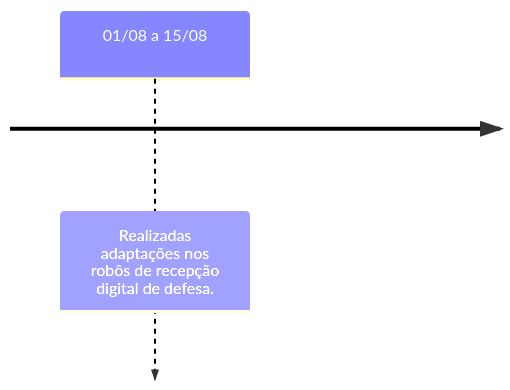
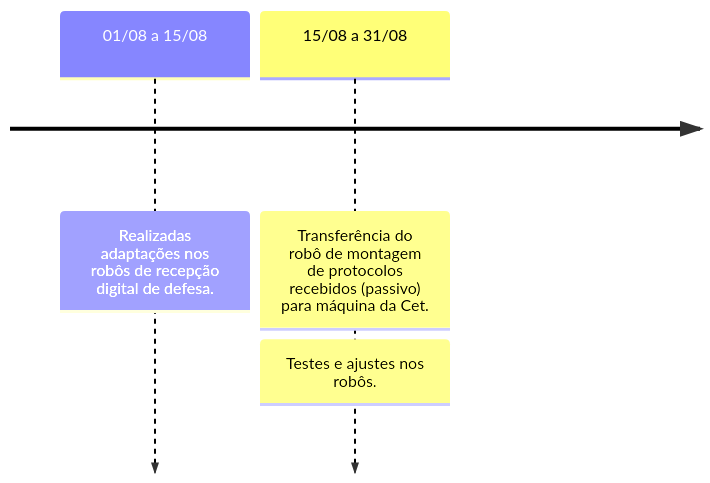
Before and after one commit to automatiza-mg/handbook: the fifth of 5 diagrams in docs/linha_do_tempo/projeto_seplag_cet.md, drawn with Mermaid.

Commit message:
Adiciona informações de agosto a linha do tempo do projeto CET.

````diff
--- a/docs/linha_do_tempo/projeto_seplag_cet.md
+++ b/docs/linha_do_tempo/projeto_seplag_cet.md
@@ -53,4 +53,6 @@
     ```mermaid
     timeline
         01/08 a 15/08 : Realizadas adaptações nos robôs de recepção digital de defesa.
+        15/08 a 31/08 : Transferência do robô de montagem de protocolos recebidos (passivo) para máquina da Cet.
+                      : Testes e ajustes nos robôs.
     ```
````
